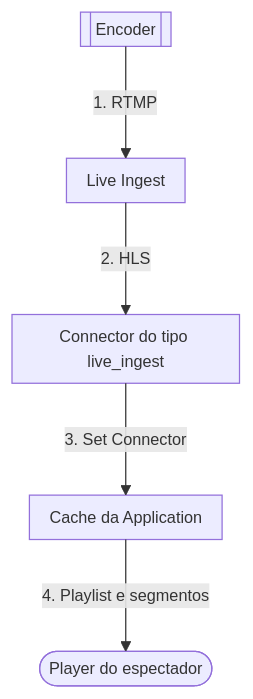
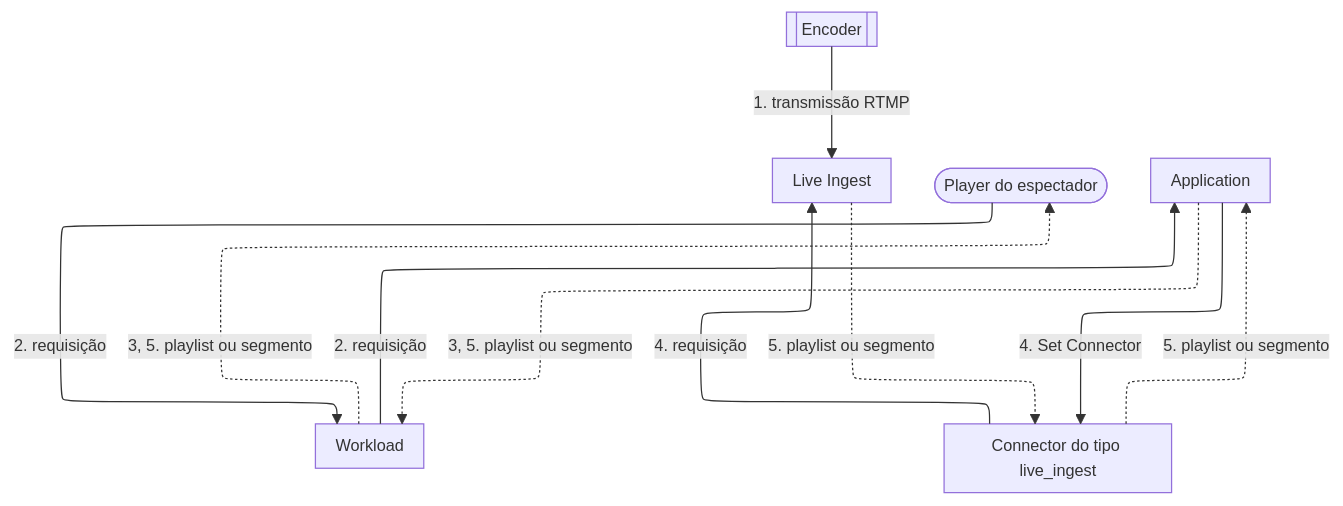
Before and after one commit to aziontech/docs: the diagram in apps/docs/src/content/docs/pt-br/pages/secure/live-ingest/ingestao-e-entrega.mdx, drawn with Mermaid. The commit also changed other lines of this file and 51 other files, not shown here.

````diff
--- a/apps/docs/src/content/docs/pt-br/pages/secure/live-ingest/ingestao-e-entrega.mdx
+++ b/apps/docs/src/content/docs/pt-br/pages/secure/live-ingest/ingestao-e-entrega.mdx
@@ -60,8 +60,19 @@
 ```mermaid
-%%{init: {"layout": "elk", "themeVariables": {"fontSize": "13px"}, "flowchart": {"nodeSpacing": 24, "rankSpacing": 36, "padding": 8, "wrappingWidth": 150, "useMaxWidth": true}, "sequence": {"width": 120, "actorMargin": 30, "useMaxWidth": true}}}%%
+%%{init: {"layout": "elk", "elk": {"cycleBreakingStrategy": "MODEL_ORDER"}, "themeVariables": {"fontSize": "13px"}, "flowchart": {"nodeSpacing": 24, "rankSpacing": 36, "padding": 8, "wrappingWidth": 150, "useMaxWidth": true}, "sequence": {"width": 120, "actorMargin": 30, "useMaxWidth": true}}}%%
 flowchart TD
-  Enc[["Encoder"]] -->|"1. RTMP"| LI["Live Ingest"]
-  LI -->|"2. HLS"| Conn["Connector do tipo live_ingest"]
-  Conn -->|"3. Set Connector"| App["Cache da Application"]
-  App -->|"4. Playlist e segmentos"| Player(["Player do espectador"])
+  Enc[["Encoder"]]
+  LI["Live Ingest"]
+  Player(["Player do espectador"])
+  WL["Workload"]
+  App["Application"]
+  Conn["Connector do tipo live_ingest"]
+  Enc -->|"1. transmissão RTMP"| LI
+  Player -->|"2. requisição"| WL
+  WL -->|"2. requisição"| App
+  App -->|"4. Set Connector"| Conn
+  Conn -->|"4. requisição"| LI
+  LI -.->|"5. playlist ou segmento"| Conn
+  Conn -.->|"5. playlist ou segmento"| App
+  App -.->|"3, 5. playlist ou segmento"| WL
+  WL -.->|"3, 5. playlist ou segmento"| Player
 ```
````
